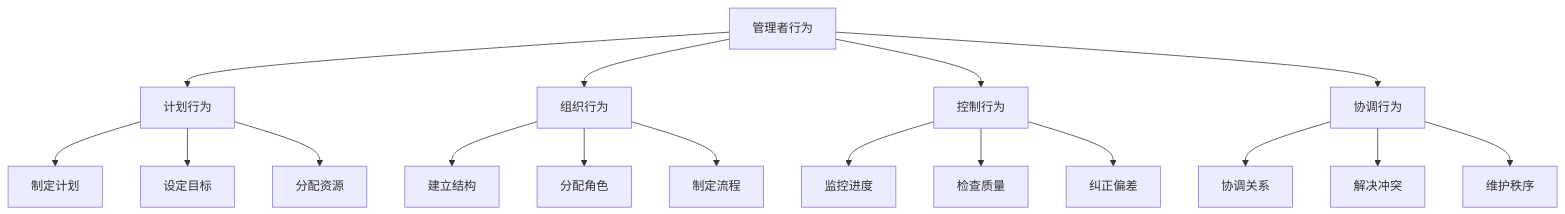
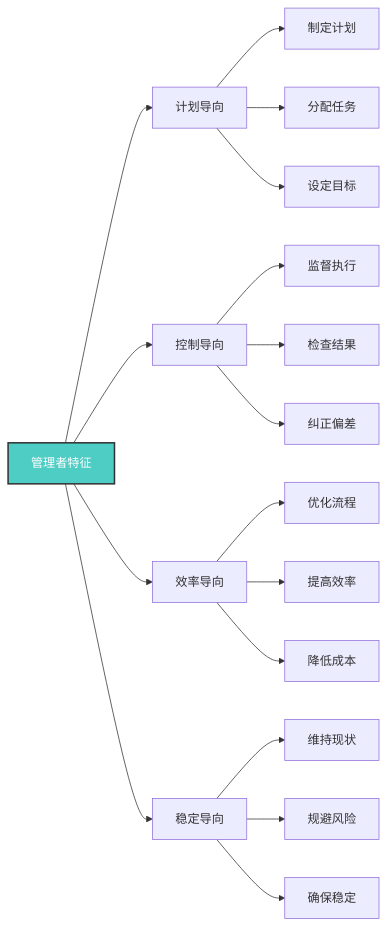
One commit to Anping2017/obsidian changed the second of 4 diagrams in 企业领导力/01-基础认知层/02-管理者vs领导者.md. Above: the diagram before and after it, drawn with Mermaid. The commit also changed other lines of this file and 8 other files, not shown here.

````diff
--- a/企业领导力/01-基础认知层/02-管理者vs领导者.md
+++ b/企业领导力/01-基础认知层/02-管理者vs领导者.md
@@ -106,23 +38,25 @@
 ```mermaid
-graph TD
-    A[管理者行为] --> B[计划行为]
-    A --> C[组织行为]
-    A --> D[控制行为]
-    A --> E[协调行为]
+graph LR
+    A[管理者特征] --> B[计划导向]
+    A --> C[控制导向]
+    A --> D[效率导向]
+    A --> E[稳定导向]
     
     B --> B1[制定计划]
-    B --> B2[设定目标]
-    B --> B3[分配资源]
+    B --> B2[分配任务]
+    B --> B3[设定目标]
     
-    C --> C1[建立结构]
-    C --> C2[分配角色]
-    C --> C3[制定流程]
+    C --> C1[监督执行]
+    C --> C2[检查结果]
+    C --> C3[纠正偏差]
     
-    D --> D1[监控进度]
-    D --> D2[检查质量]
-    D --> D3[纠正偏差]
+    D --> D1[优化流程]
+    D --> D2[提高效率]
+    D --> D3[降低成本]
     
-    E --> E1[协调关系]
-    E --> E2[解决冲突]
-    E --> E3[维护秩序]
+    E --> E1[维持现状]
+    E --> E2[规避风险]
+    E --> E3[确保稳定]
+    
+    style A fill:#4ecdc4,stroke:#333,stroke-width:2px,color:#fff
 ```
````
